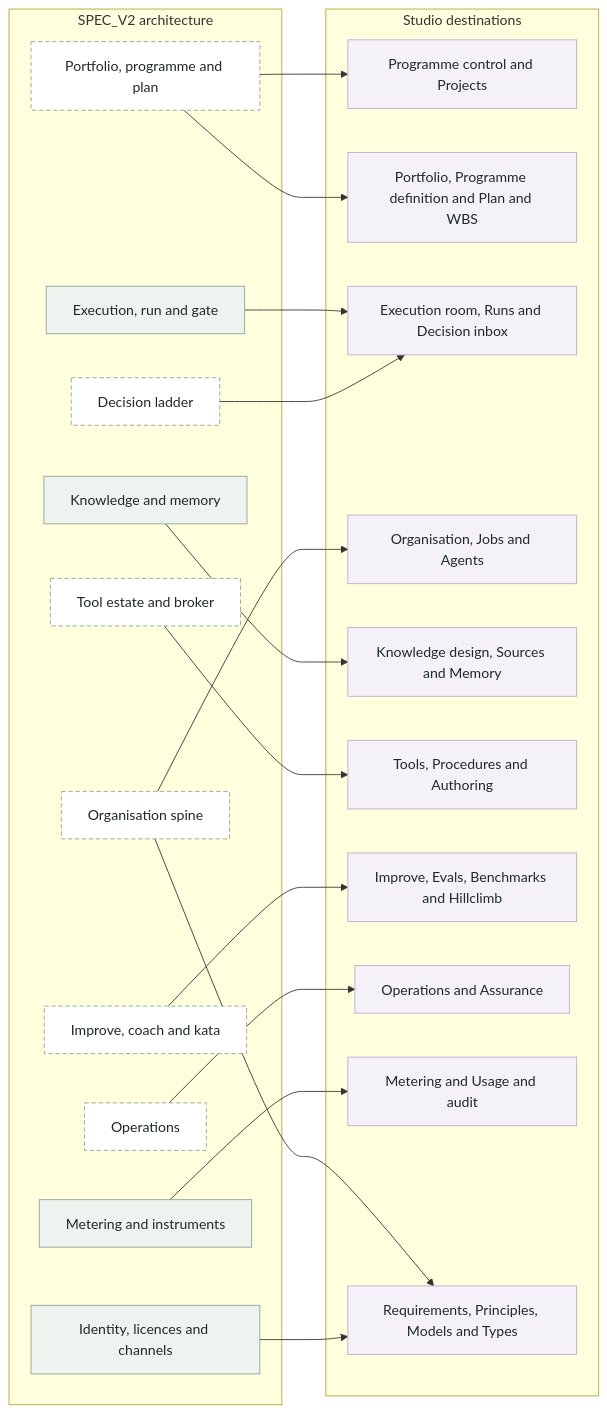
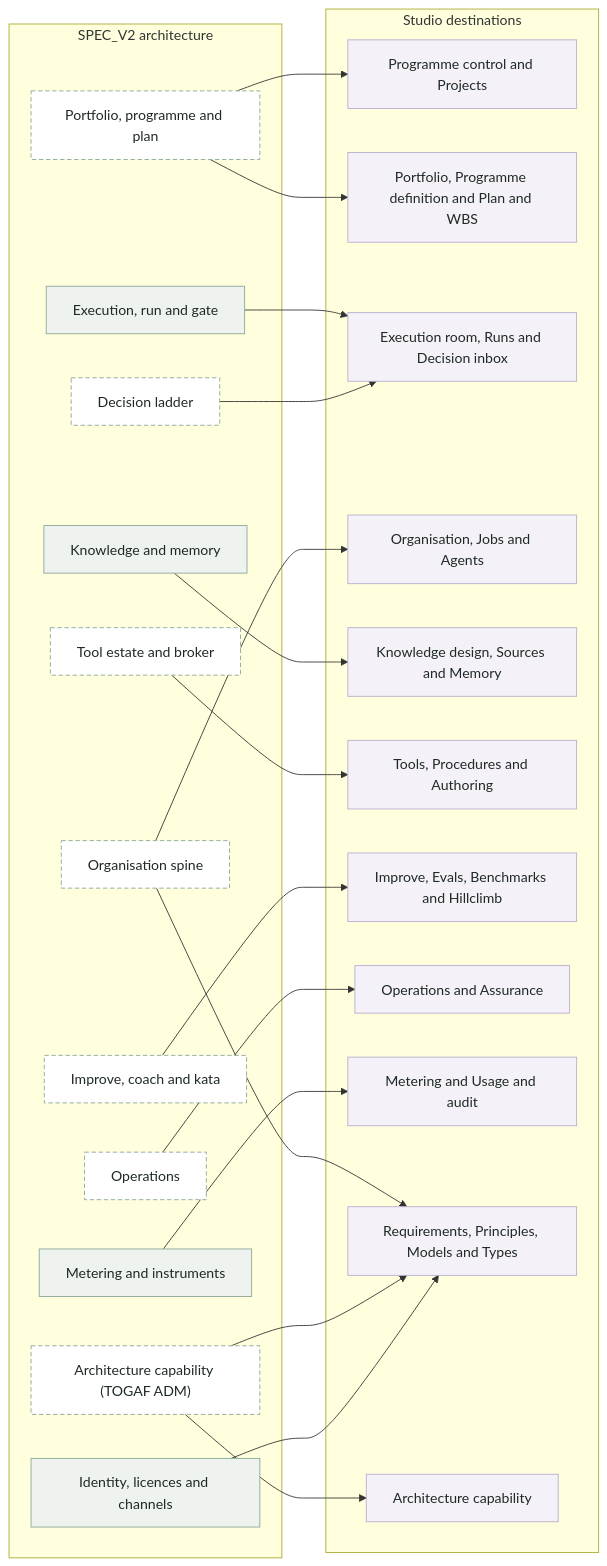
Before and after one commit to nonagenticai/conveyor: the diagram in docs/design/architecture/diagrams/ui-map.mmd, drawn with Mermaid. The commit also changed 23 other files, not shown here.

First line of the commit message:
programme: the TOGAF ADM capability layer (V2 + P0 + T9 plan + design study)

```diff
--- a/docs/design/architecture/diagrams/ui-map.mmd
+++ b/docs/design/architecture/diagrams/ui-map.mmd
@@ -1,40 +1,44 @@
 flowchart LR
   subgraph ARCH["SPEC_V2 architecture"]
     ORG["Organisation spine"]:::v2
     PLAN["Portfolio, programme and plan"]:::v2
+    ADM["Architecture capability (TOGAF ADM)"]:::v2
     RUN["Execution, run and gate"]:::v1
     DEC["Decision ladder"]:::v2
     KM["Knowledge and memory"]:::v1
     TOOL["Tool estate and broker"]:::v2
     IMP["Improve, coach and kata"]:::v2
     OPS["Operations"]:::v2
     MET["Metering and instruments"]:::v1
     AUTH["Identity, licences and channels"]:::v1
   end
   subgraph UI["Studio destinations"]
     U1["Programme control and Projects"]:::ui
     U2["Portfolio, Programme definition and Plan and WBS"]:::ui
     U3["Execution room, Runs and Decision inbox"]:::ui
     U4["Organisation, Jobs and Agents"]:::ui
     U5["Knowledge design, Sources and Memory"]:::ui
     U6["Tools, Procedures and Authoring"]:::ui
     U7["Improve, Evals, Benchmarks and Hillclimb"]:::ui
     U8["Operations and Assurance"]:::ui
     U9["Metering and Usage and audit"]:::ui
     U10["Requirements, Principles, Models and Types"]:::ui
+    U11["Architecture capability"]:::ui
   end
   ORG --> U4
   ORG --> U10
   PLAN --> U1
   PLAN --> U2
+  ADM --> U11
+  ADM --> U10
   RUN --> U3
   DEC --> U3
   KM --> U5
   TOOL --> U6
   IMP --> U7
   OPS --> U8
   MET --> U9
   AUTH --> U10
   classDef v1 fill:#eef3ef,stroke:#8aa596,color:#1f2a24
   classDef v2 fill:#ffffff,stroke:#8aa596,stroke-dasharray:5 3,color:#1f2a24
   classDef ui fill:#f4f1f8,stroke:#b9acce,color:#1f2a24
```
